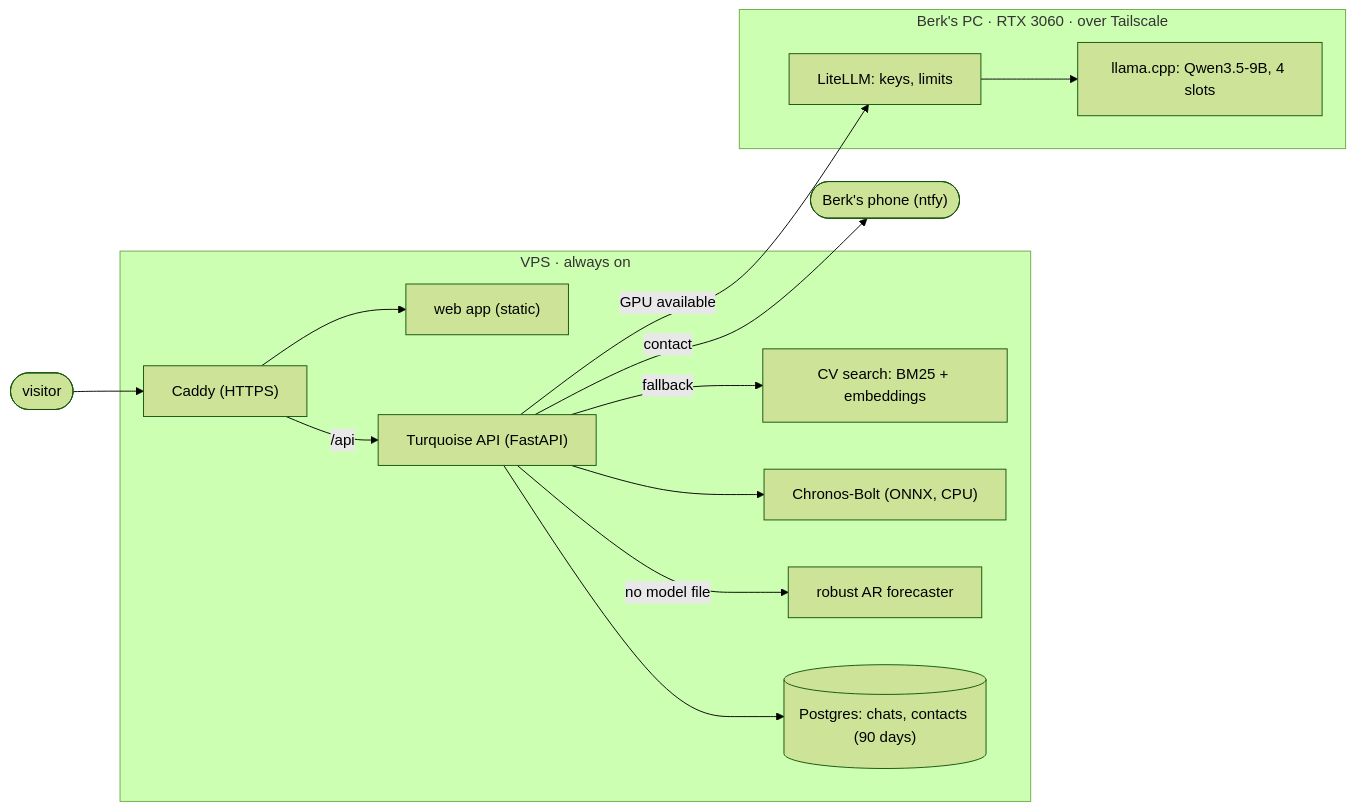
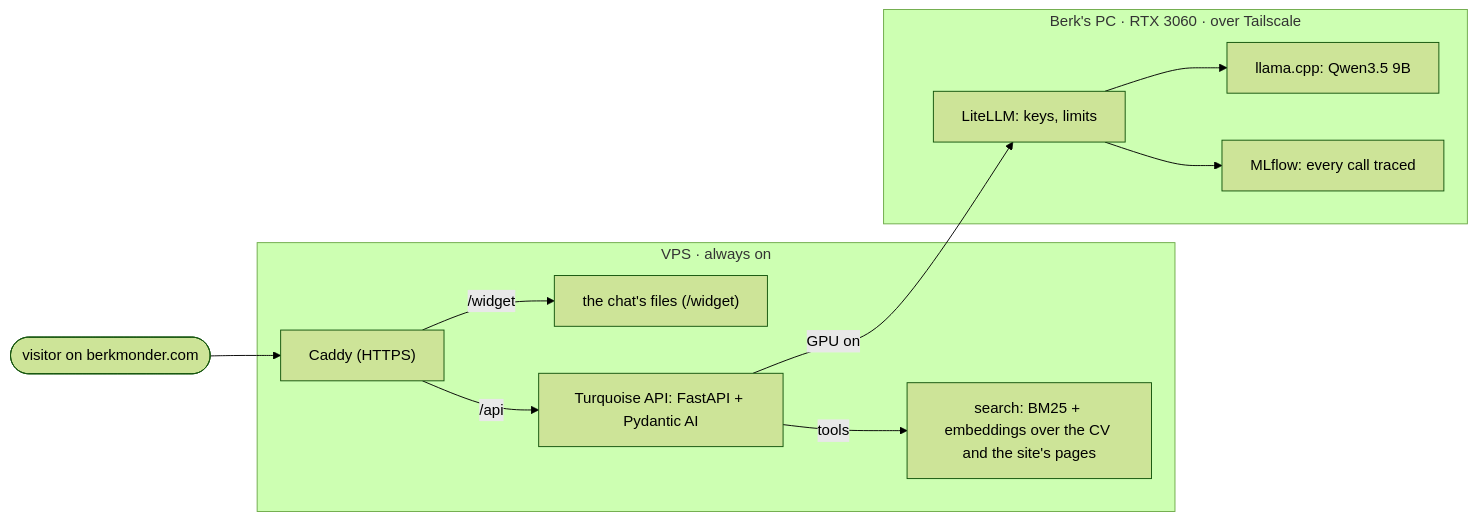
The diagram in docs/architecture.md (berkmonder/turquoise), drawn with Mermaid (forest theme) before and after one commit. The commit also changed other lines of this file and 65 other files, not shown here.

````diff
--- a/docs/architecture.md
+++ b/docs/architecture.md
@@ -8,26 +8,21 @@
 ```mermaid
 flowchart LR
-  visitor(["visitor"])
+  visitor(["visitor on berkmonder.com"])
   subgraph vps["VPS · always on"]
     caddy["Caddy (HTTPS)"]
-    web["web app (static)"]
-    api["Turquoise API (FastAPI)"]
-    search["CV search: BM25 + embeddings"]
-    chronos["Chronos-Bolt (ONNX, CPU)"]
-    ar["robust AR forecaster"]
-    pg[("Postgres: chats, contacts (90 days)")]
+    widget["the chat's files (/widget)"]
+    api["Turquoise API: FastAPI + Pydantic AI"]
+    rag["search: BM25 + embeddings over the CV and the site's pages"]
   end
   subgraph pc["Berk's PC · RTX 3060 · over Tailscale"]
-    gateway["LiteLLM: keys, limits"]
-    llama["llama.cpp: Qwen3.5-9B, 4 slots"]
+    litellm["LiteLLM: keys, limits"]
+    llama["llama.cpp: Qwen3.5 9B"]
+    mlflow["MLflow: every call traced"]
   end
-  phone(["Berk's phone (ntfy)"])
-  visitor --> caddy --> web
+  visitor --> caddy
+  caddy -- "/widget" --> widget
   caddy -- "/api" --> api
-  api -- "GPU available" --> gateway --> llama
-  api -- "fallback" --> search
-  api --> chronos
-  api -- "no model file" --> ar
-  api --> pg
-  api -- "contact" --> phone
+  api -- "tools" --> rag
+  api -- "GPU on" --> litellm --> llama
+  litellm --> mlflow
 ```
````
